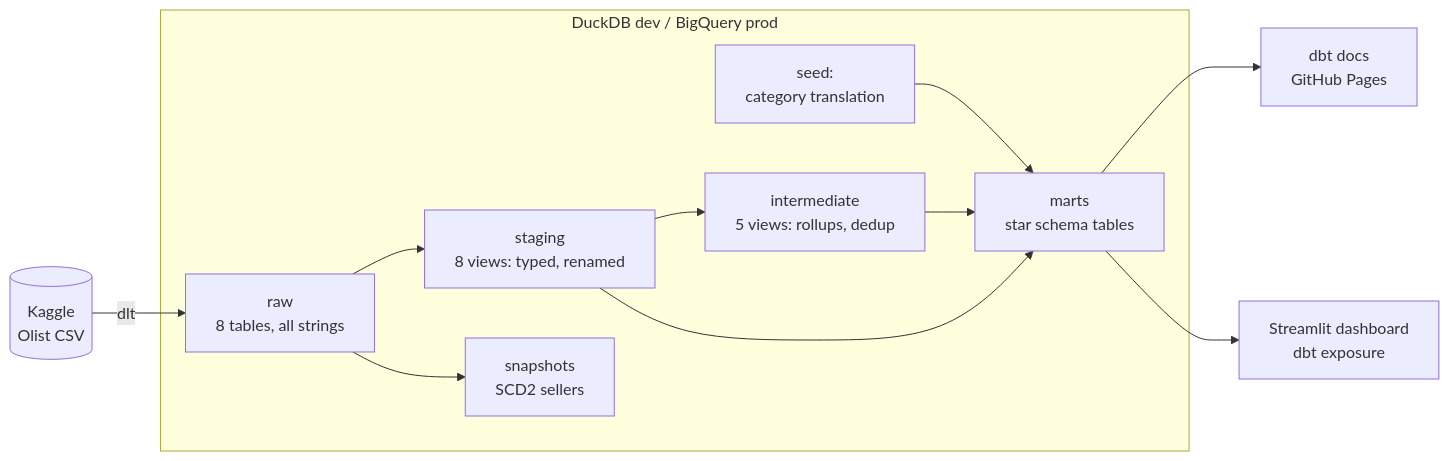
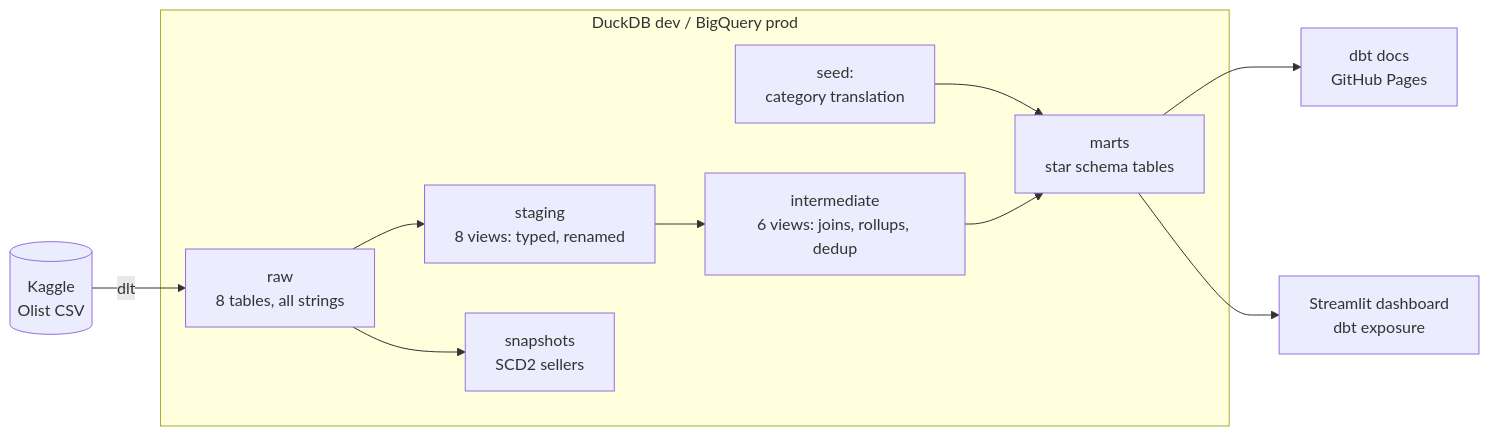
The first of 4 diagrams in README.md (ShuCiG/olist-analytics-dbt), drawn with Mermaid before and after one commit. The commit also changed other lines of this file and 17 other files, not shown here.

````diff
--- a/README.md
+++ b/README.md
@@ -37,15 +37,14 @@
 ```mermaid
 flowchart LR
     kaggle[(Kaggle<br/>Olist CSV)] -->|dlt| raw
     subgraph wh[DuckDB dev / BigQuery prod]
         raw[raw<br/>8 tables, all strings] --> staging
         raw --> snapshots[snapshots<br/>SCD2 sellers]
         seed[seed:<br/>category translation] --> marts
         staging[staging<br/>8 views: typed, renamed] --> intermediate
-        intermediate[intermediate<br/>5 views: rollups, dedup] --> marts
-        staging --> marts
+        intermediate[intermediate<br/>6 views: joins, rollups, dedup] --> marts
         marts[marts<br/>star schema tables]
     end
     marts --> docs[dbt docs<br/>GitHub Pages]
     marts --> dash[Streamlit dashboard<br/>dbt exposure]
 ```
````
